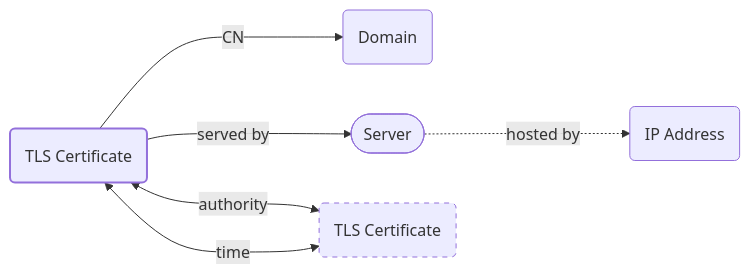
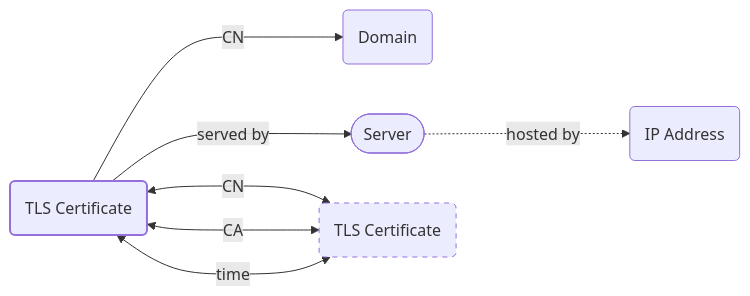
One commit to korniko98/pivot-atlas changed the diagram in docs/artifacts/tls-certificate.md. Above: the diagram before and after it, drawn with Mermaid. The commit also changed other lines of this file and 14 other files, not shown here.

````diff
--- a/docs/artifacts/tls-certificate.md
+++ b/docs/artifacts/tls-certificate.md
@@ -31,24 +56,25 @@
 	```mermaid
 	flowchart LR
 		classDef primary stroke-width: 2px
 		classDef secondary stroke-dasharray: 5 5
 		
 		%% define nodes
 		DOMAIN(Domain)
 		SERVER([Server])
 		IP_ADDRESS(IP Address)
 		TLS_CERT(TLS Certificate):::primary
 		TLS_CERT_(TLS Certificate):::secondary
 		
 		%% define edges
 		TLS_CERT -- served by ---> SERVER
 		SERVER -. hosted by ..-> IP_ADDRESS
 		TLS_CERT -- CN ---> DOMAIN
-		TLS_CERT <-- authority ---> TLS_CERT_
+		TLS_CERT <-- CN ---> TLS_CERT_
+		TLS_CERT <-- CA ---> TLS_CERT_
 		TLS_CERT <-- time --> TLS_CERT_
 		
 		%% define links
 		click DOMAIN "#domains"
 		click SERVER "#servers"
 		click TLS_CERT_ "#tls-certificates"
 	```
````
